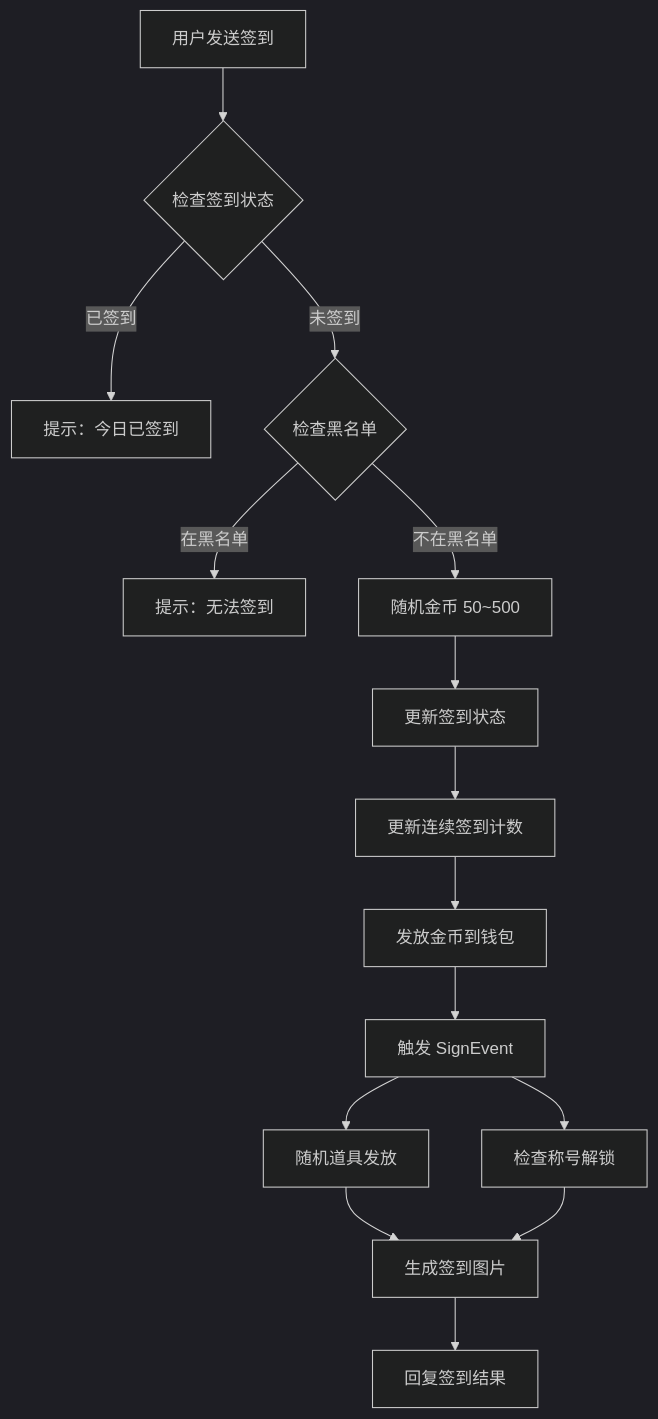
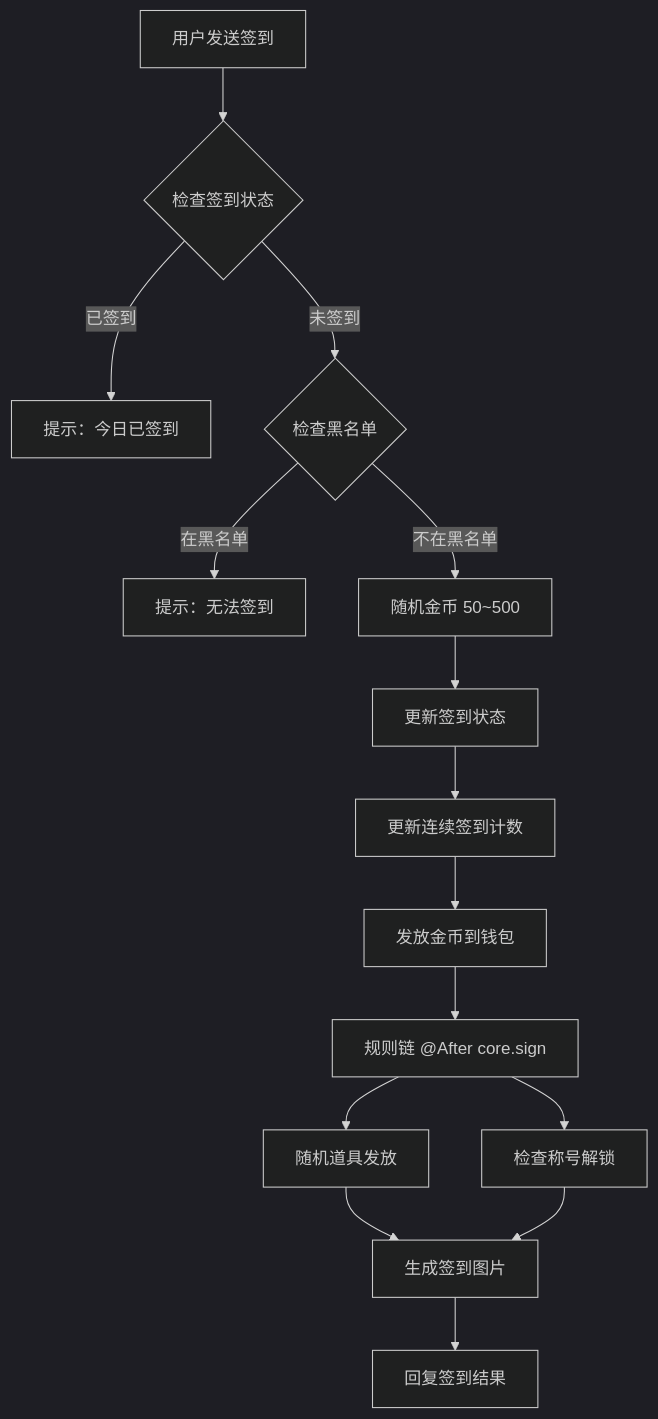
Before and after one commit to Moyuyanli/HuYanEconomy: the fifth of 24 diagrams in docs/项目功能设计说明.md, drawn with Mermaid (dark theme). The commit also changed other lines of this file and 57 other files, not shown here.

````diff
--- a/docs/项目功能设计说明.md
+++ b/docs/项目功能设计说明.md
@@ -172,17 +172,17 @@
 ```mermaid
 flowchart TD
     A[用户发送签到] --> B{检查签到状态}
     B -->|已签到| C[提示：今日已签到]
     B -->|未签到| D{检查黑名单}
     D -->|在黑名单| E[提示：无法签到]
     D -->|不在黑名单| F[随机金币 50~500]
     F --> G[更新签到状态]
     G --> H[更新连续签到计数]
     H --> I[发放金币到钱包]
-    I --> J[触发 SignEvent]
+    I --> J[规则链 @After core.sign]
     J --> K[随机道具发放]
     J --> L[检查称号解锁]
     K --> M[生成签到图片]
     L --> M
     M --> N[回复签到结果]
 ```
````
